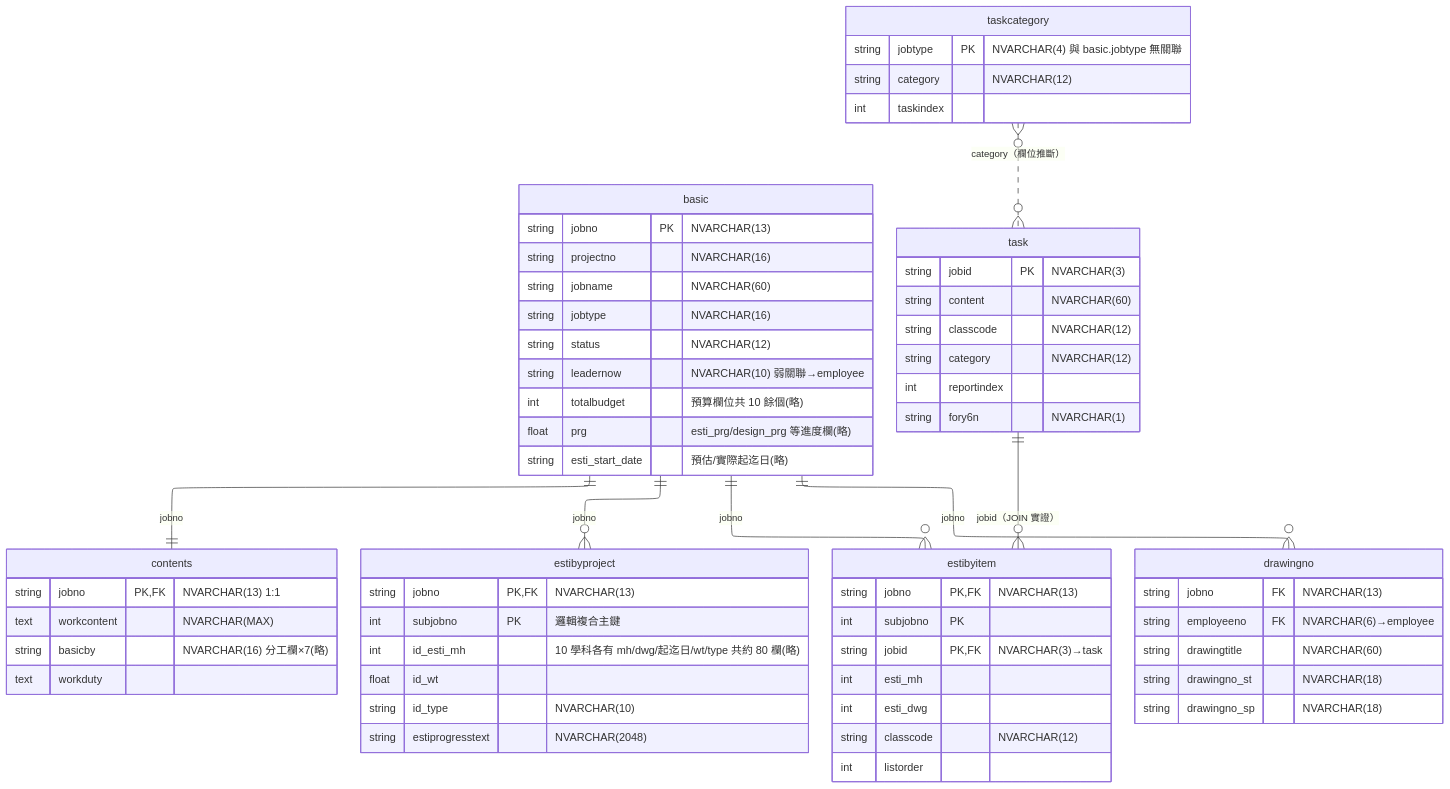
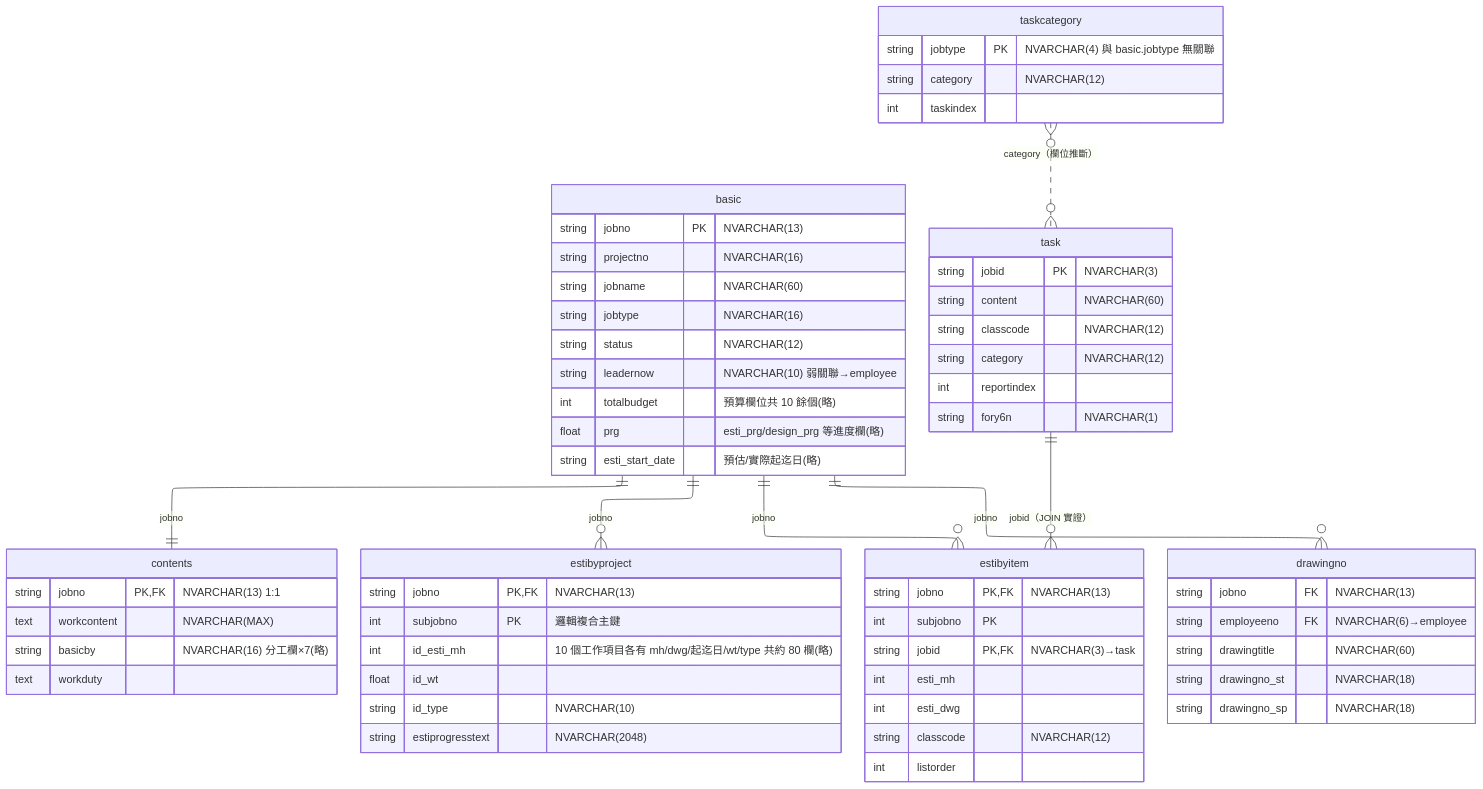
Before and after one commit to ymkangtw/pi: the first of 5 diagrams in docs/ER-Model.md, drawn with Mermaid. The commit also changed other lines of this file and 6 other files, not shown here.

````diff
--- a/docs/ER-Model.md
+++ b/docs/ER-Model.md
@@ -15,68 +15,68 @@
 ```mermaid
 ---
 config:
   layout: elk
 ---
 erDiagram
     basic ||--|| contents : "jobno"
     basic ||--o{ estibyproject : "jobno"
     basic ||--o{ estibyitem : "jobno"
     task ||--o{ estibyitem : "jobid（JOIN 實證）"
     taskcategory }o..o{ task : "category（欄位推斷）"
     basic ||--o{ drawingno : "jobno"
 
     basic {
         string jobno PK "NVARCHAR(13)"
         string projectno "NVARCHAR(16)"
         string jobname "NVARCHAR(60)"
         string jobtype "NVARCHAR(16)"
         string status "NVARCHAR(12)"
         string leadernow "NVARCHAR(10) 弱關聯→employee"
         int totalbudget "預算欄位共 10 餘個(略)"
         float prg "esti_prg/design_prg 等進度欄(略)"
         string esti_start_date "預估/實際起迄日(略)"
     }
     contents {
         string jobno PK,FK "NVARCHAR(13) 1:1"
         text workcontent "NVARCHAR(MAX)"
         string basicby "NVARCHAR(16) 分工欄×7(略)"
         text workduty
     }
     estibyproject {
         string jobno PK,FK "NVARCHAR(13)"
         int subjobno PK "邏輯複合主鍵"
-        int id_esti_mh "10 學科各有 mh/dwg/起迄日/wt/type 共約 80 欄(略)"
+        int id_esti_mh "10 個工作項目各有 mh/dwg/起迄日/wt/type 共約 80 欄(略)"
         float id_wt
         string id_type "NVARCHAR(10)"
         string estiprogresstext "NVARCHAR(2048)"
     }
     estibyitem {
         string jobno PK,FK "NVARCHAR(13)"
         int subjobno PK
         string jobid PK,FK "NVARCHAR(3)→task"
         int esti_mh
         int esti_dwg
         string classcode "NVARCHAR(12)"
         int listorder
     }
     task {
         string jobid PK "NVARCHAR(3)"
         string content "NVARCHAR(60)"
         string classcode "NVARCHAR(12)"
         string category "NVARCHAR(12)"
         int reportindex
         string fory6n "NVARCHAR(1)"
     }
     taskcategory {
         string jobtype PK "NVARCHAR(4) 與 basic.jobtype 無關聯"
         string category "NVARCHAR(12)"
         int taskindex
     }
     drawingno {
         string jobno FK "NVARCHAR(13)"
         string employeeno FK "NVARCHAR(6)→employee"
         string drawingtitle "NVARCHAR(60)"
         string drawingno_st "NVARCHAR(18)"
         string drawingno_sp "NVARCHAR(18)"
     }
 ```
````
